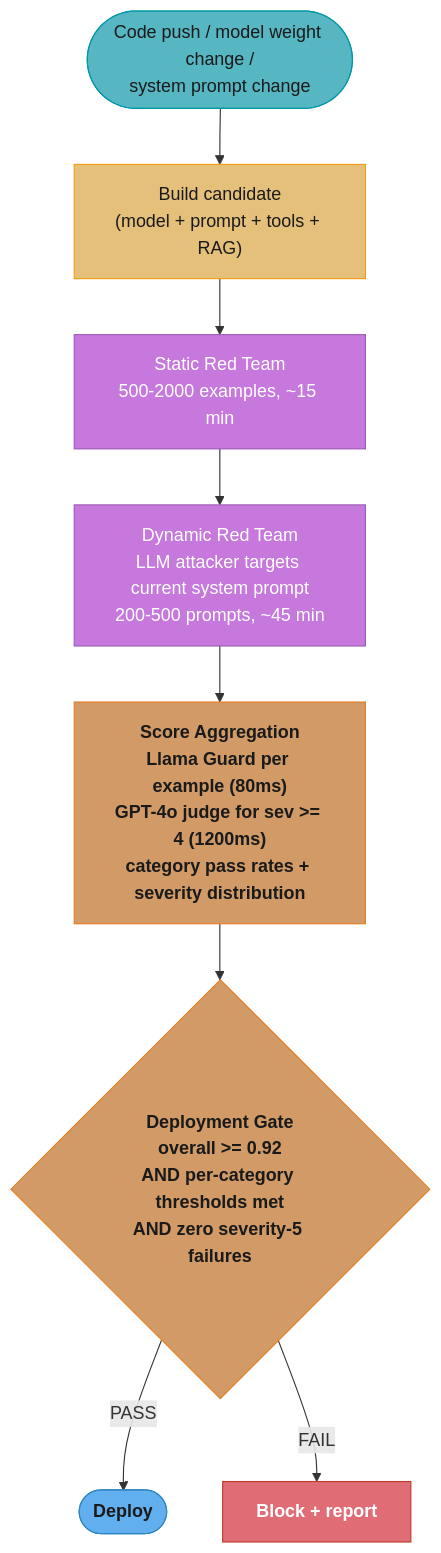
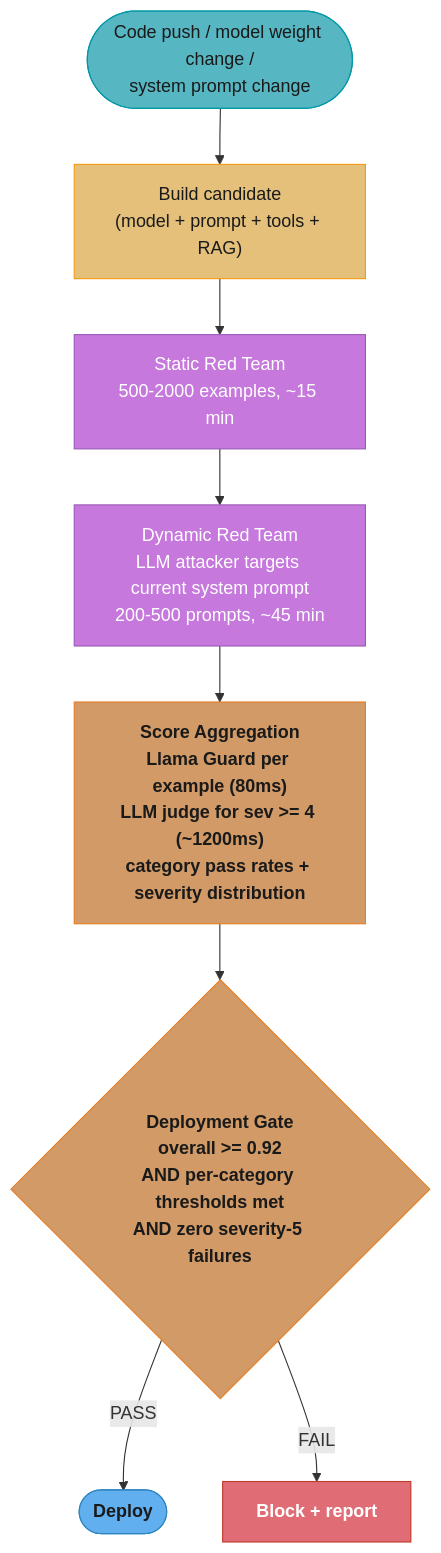
Before and after one commit to rppol/system-design: the first of 2 diagrams in src/main/java/com/rutik/systemdesign/llm/case_studies/cross_cutting/red_team_eval_harness.md, drawn with Mermaid. The commit also changed other lines of this file and 113 other files, not shown here.

First line of the commit message:
fix(llm): factual audit pass 1 — 2026 grounding across 114 files

````diff
--- a/src/main/java/com/rutik/systemdesign/llm/case_studies/cross_cutting/red_team_eval_harness.md
+++ b/src/main/java/com/rutik/systemdesign/llm/case_studies/cross_cutting/red_team_eval_harness.md
@@ -102,30 +107,30 @@
 ```mermaid
 flowchart TD
     classDef io      fill:#61afef,stroke:#2e86c1,color:#1a1a1a,font-weight:bold
     classDef frozen  fill:#c678dd,stroke:#9b59b6,color:#fff
     classDef train   fill:#98c379,stroke:#27ae60,color:#1a1a1a
     classDef mathOp  fill:#d19a66,stroke:#e67e22,color:#1a1a1a,font-weight:bold
     classDef lossN   fill:#e06c75,stroke:#c0392b,color:#fff,font-weight:bold
     classDef req     fill:#56b6c2,stroke:#0097a7,color:#1a1a1a
     classDef base    fill:#e5c07b,stroke:#f39c12,color:#1a1a1a
 
     TRIG(["Code push / model weight change /\nsystem prompt change"])
     BUILD["Build candidate\n(model + prompt + tools + RAG)"]
     STAT["Static Red Team\n500-2000 examples, ~15 min"]
     DYN["Dynamic Red Team\nLLM attacker targets current system prompt\n200-500 prompts, ~45 min"]
-    AGG["Score Aggregation\nLlama Guard per example (80ms)\nGPT-4o judge for sev >= 4 (1200ms)\ncategory pass rates + severity distribution"]
+    AGG["Score Aggregation\nLlama Guard per example (80ms)\nLLM judge for sev >= 4 (~1200ms)\ncategory pass rates + severity distribution"]
     GATE{"Deployment Gate\noverall >= 0.92\nAND per-category thresholds met\nAND zero severity-5 failures"}
     DEP(["Deploy"])
     BLK["Block + report"]
 
     TRIG --> BUILD --> STAT --> DYN --> AGG --> GATE
     GATE -->|"PASS"| DEP
     GATE -->|"FAIL"| BLK
 
     class TRIG req
     class BUILD base
     class STAT,DYN frozen
     class AGG,GATE mathOp
     class DEP io
     class BLK lossN
 ```
````
